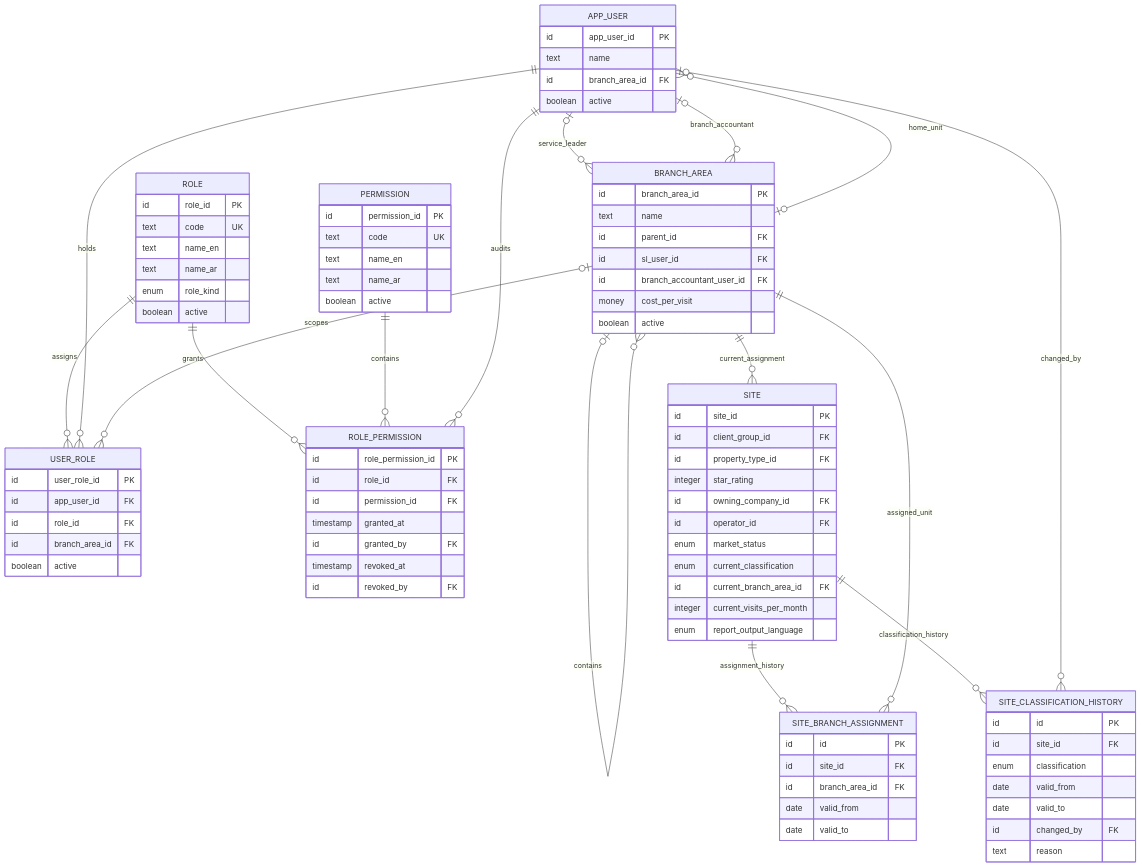
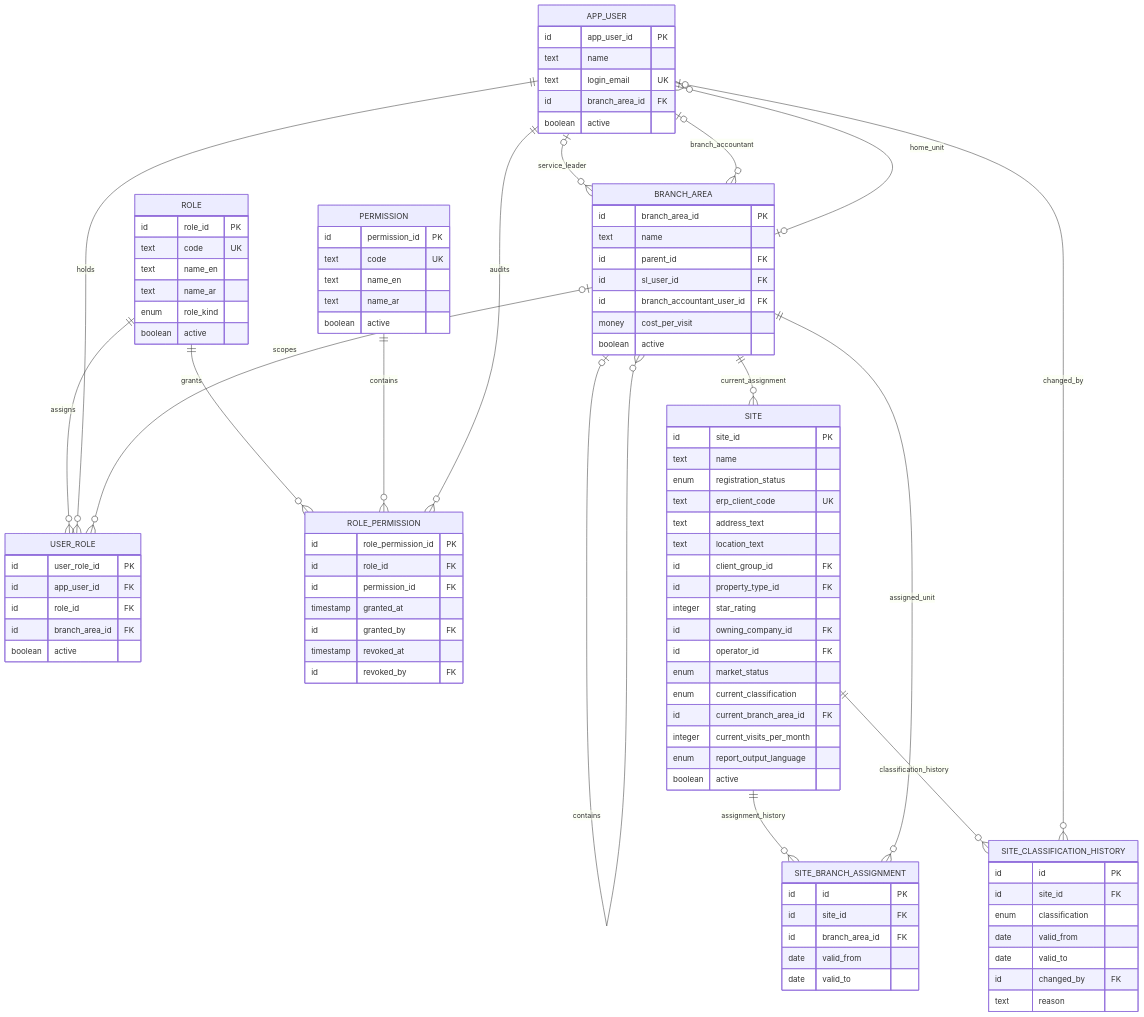
The diagram in docs/erd/stage-1-slice-1.md (systemtechnique/ST_online), drawn with Mermaid before and after one commit. The commit also changed other lines of this file and 11 other files, not shown here.

```diff
--- a/docs/erd/stage-1-slice-1.md
+++ b/docs/erd/stage-1-slice-1.md
@@ -33,6 +33,7 @@
     APP_USER {
         id app_user_id PK
         text name
+        text login_email UK
         id branch_area_id FK
         boolean active
     }
@@ -67,6 +68,11 @@
 
     SITE {
         id site_id PK
+        text name
+        enum registration_status
+        text erp_client_code UK
+        text address_text
+        text location_text
         id client_group_id FK
         id property_type_id FK
         integer star_rating
@@ -77,6 +83,7 @@
         id current_branch_area_id FK
         integer current_visits_per_month
         enum report_output_language
+        boolean active
     }
 
     SITE_CLASSIFICATION_HISTORY {
```
